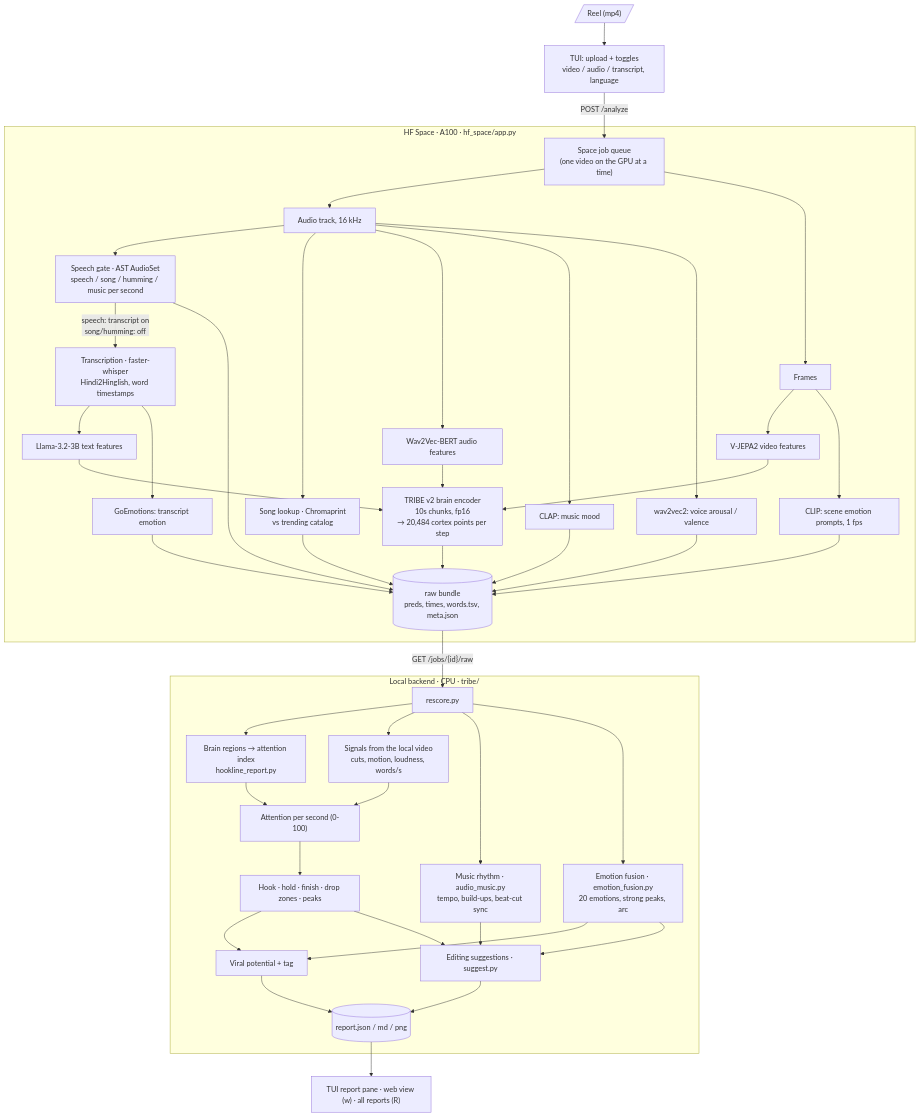
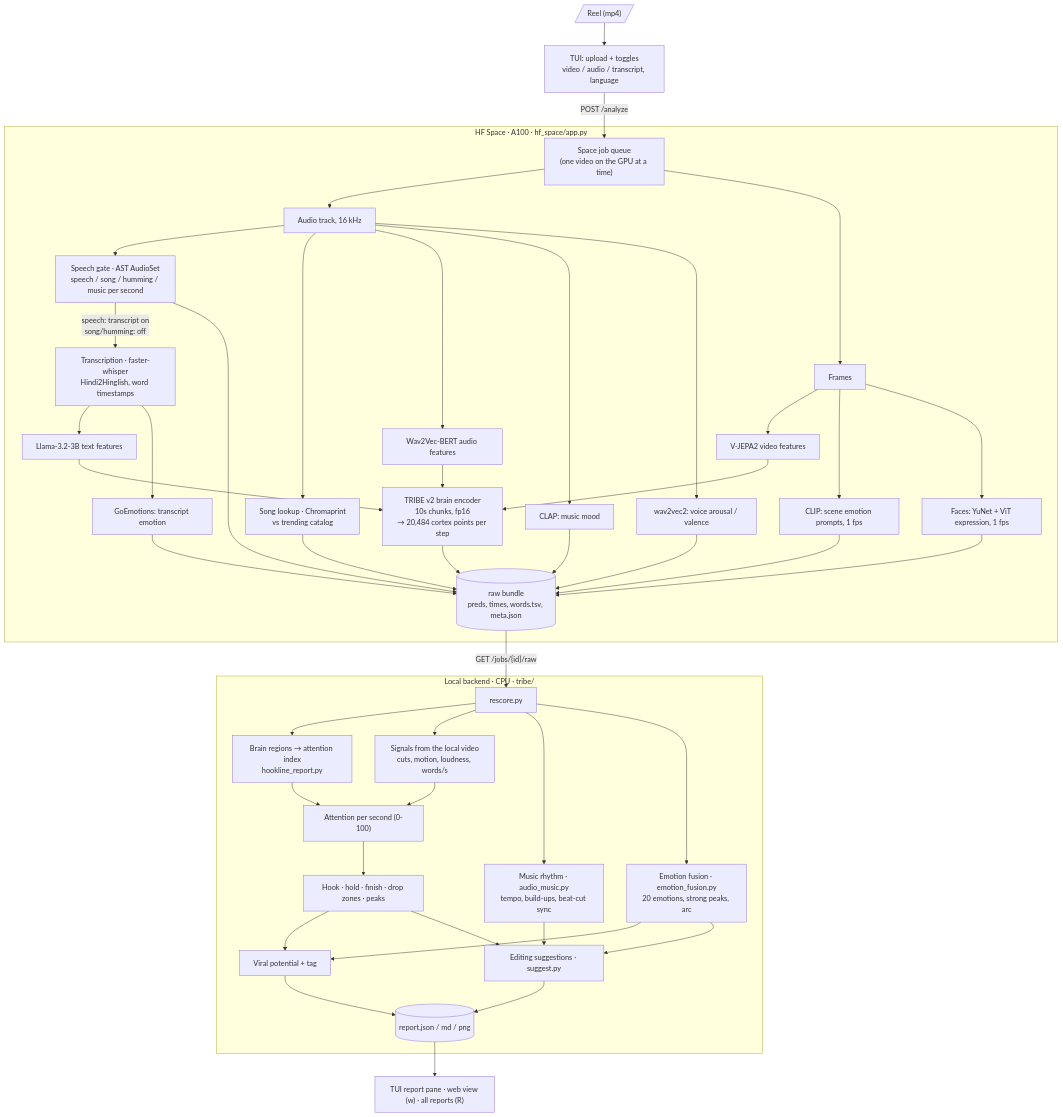
Before and after one commit to GAM3RG33K/wldd-hackathon-2026-hookline: the diagram in ARCHITECTURE.md, drawn with Mermaid. The commit also changed other lines of this file and 26 other files, not shown here.

````diff
--- a/ARCHITECTURE.md
+++ b/ARCHITECTURE.md
@@ -47,39 +47,40 @@
 ```mermaid
 flowchart TD
     V[/"Reel (mp4)"/] --> TUI["TUI: upload + toggles<br/>video / audio / transcript, language"]
     TUI -->|POST /analyze| Q["Space job queue<br/>(one video on the GPU at a time)"]
 
     subgraph SPACE["HF Space · A100 · hf_space/app.py"]
         Q --> AUD["Audio track, 16 kHz"]
         Q --> FR["Frames"]
         AUD --> GATE["Speech gate · AST AudioSet<br/>speech / song / humming / music per second"]
         AUD --> SONG["Song lookup · Chromaprint<br/>vs trending catalog"]
         GATE -->|"speech: transcript on<br/>song/humming: off"| ASR["Transcription · faster-whisper<br/>Hindi2Hinglish, word timestamps"]
         FR --> VJEPA["V-JEPA2 video features"]
         AUD --> W2V["Wav2Vec-BERT audio features"]
         ASR --> LLAMA["Llama-3.2-3B text features"]
         VJEPA & W2V & LLAMA --> TRIBE["TRIBE v2 brain encoder<br/>10s chunks, fp16<br/>→ 20,484 cortex points per step"]
         FR --> CLIP["CLIP: scene emotion prompts, 1 fps"]
+        FR --> FACE["Faces: YuNet + ViT expression, 1 fps"]
         AUD --> CLAP["CLAP: music mood"]
         AUD --> VOICE["wav2vec2: voice arousal / valence"]
         ASR --> GOEMO["GoEmotions: transcript emotion"]
         TRIBE --> RAW[("raw bundle<br/>preds, times, words.tsv, meta.json")]
-        GATE & SONG & CLIP & CLAP & VOICE & GOEMO --> RAW
+        GATE & SONG & CLIP & FACE & CLAP & VOICE & GOEMO --> RAW
     end
 
     RAW -->|"GET /jobs/{id}/raw"| BE
 
     subgraph LOCAL["Local backend · CPU · tribe/"]
         BE["rescore.py"] --> NET["Brain regions → attention index<br/>hookline_report.py"]
         BE --> SIG["Signals from the local video<br/>cuts, motion, loudness, words/s"]
         BE --> MUS["Music rhythm · audio_music.py<br/>tempo, build-ups, beat-cut sync"]
         NET & SIG --> ATT["Attention per second (0-100)"]
         ATT --> SC["Hook · hold · finish · drop zones · peaks"]
         BE --> EMO["Emotion fusion · emotion_fusion.py<br/>20 emotions, strong peaks, arc"]
         SC & EMO --> VIR["Viral potential + tag"]
         SC & EMO & MUS --> SUG["Editing suggestions · suggest.py"]
         VIR & SUG --> REP[("report.json / md / png")]
     end
 
     REP --> OUT["TUI report pane · web view (w) · all reports (R)"]
 ```
````
